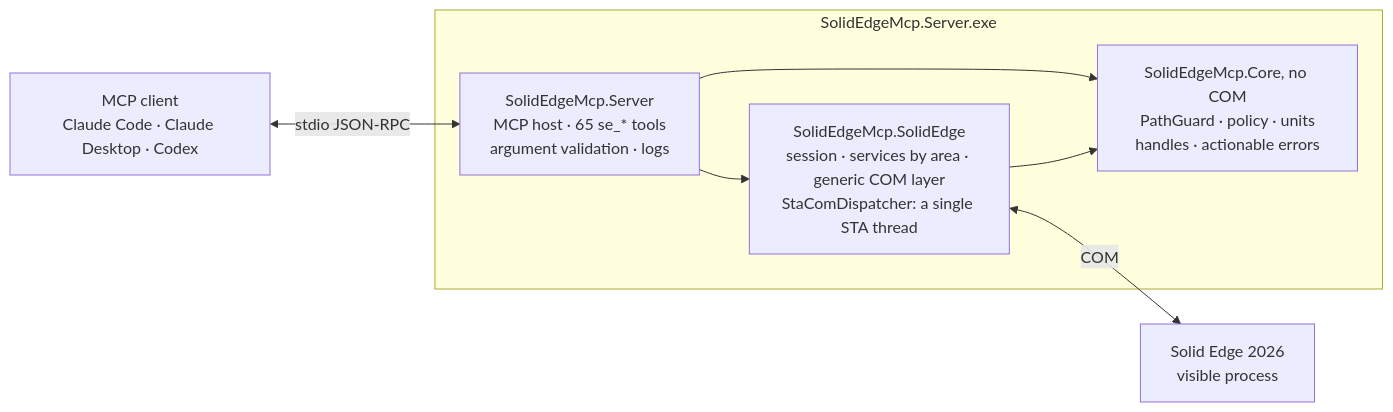
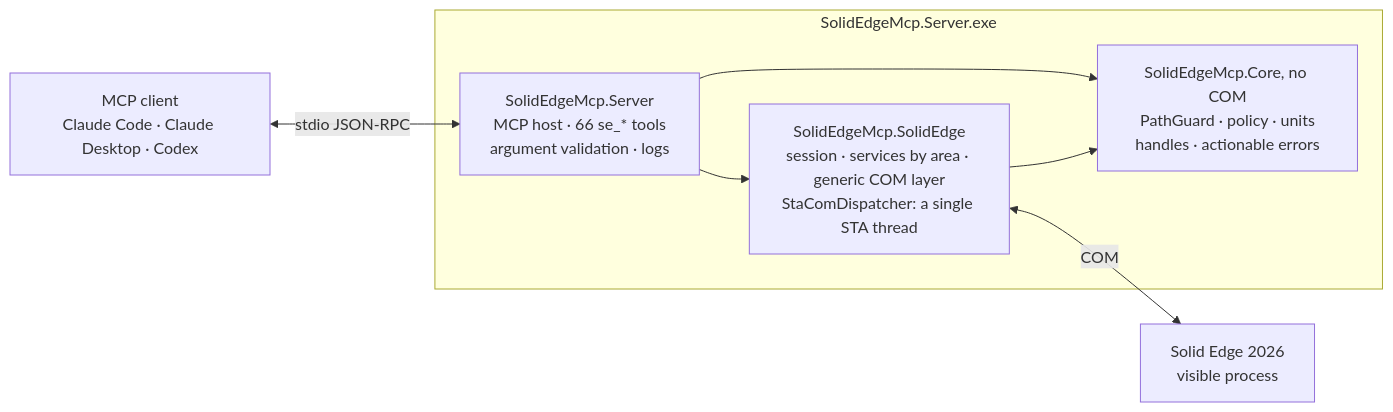
Before and after one commit to gabichuuuuu/solid-edge-mcp: the diagram in README.md, drawn with Mermaid. The commit also changed other lines of this file and 13 other files, not shown here.

````diff
--- a/README.md
+++ b/README.md
@@ -307,18 +308,18 @@
 ```mermaid
 flowchart LR
     client["MCP client<br/>Claude Code · Claude Desktop · Codex"]
 
     subgraph exe ["SolidEdgeMcp.Server.exe"]
-        server["SolidEdgeMcp.Server<br/>MCP host · 65 se_* tools<br/>argument validation · logs"]
+        server["SolidEdgeMcp.Server<br/>MCP host · 66 se_* tools<br/>argument validation · logs"]
         se["SolidEdgeMcp.SolidEdge<br/>session · services by area · generic COM layer<br/>StaComDispatcher: a single STA thread"]
         core["SolidEdgeMcp.Core, no COM<br/>PathGuard · policy · units<br/>handles · actionable errors"]
         server --> se
         server --> core
         se --> core
     end
 
     app["Solid Edge 2026<br/>visible process"]
 
     client <-->|stdio JSON-RPC| server
     se <-->|COM| app
 ```
````
